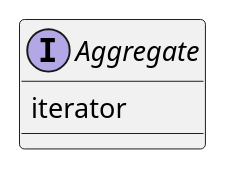
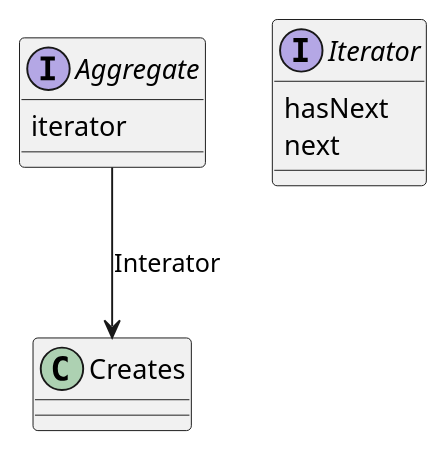
The diagram in php/iterator/README.md (ku2ma2/design_pattern), drawn with PlantUML before and after one commit.

Commit message:
Add comments for Iterator

````diff
--- a/php/iterator/README.md
+++ b/php/iterator/README.md
@@ -4,10 +4,17 @@
 ```uml
 @startuml
 
 
 interface Aggregate {
-  iterator
+    iterator
 }
+
+interface Iterator {
+    hasNext
+    next
+}
+
+Aggregate --> "Creates":Interator
 
 @enduml
 ```
````
